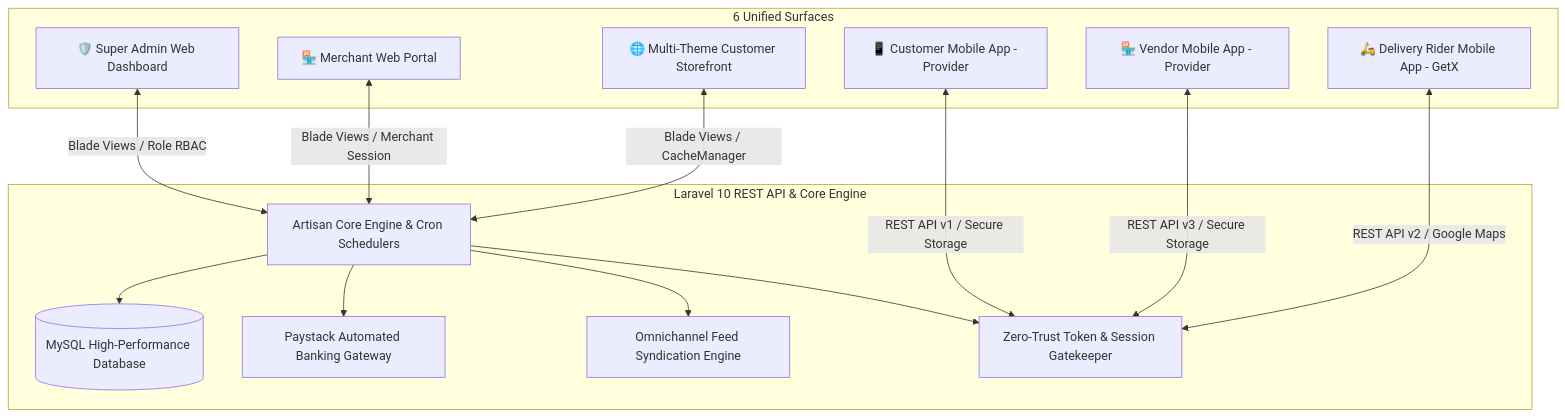
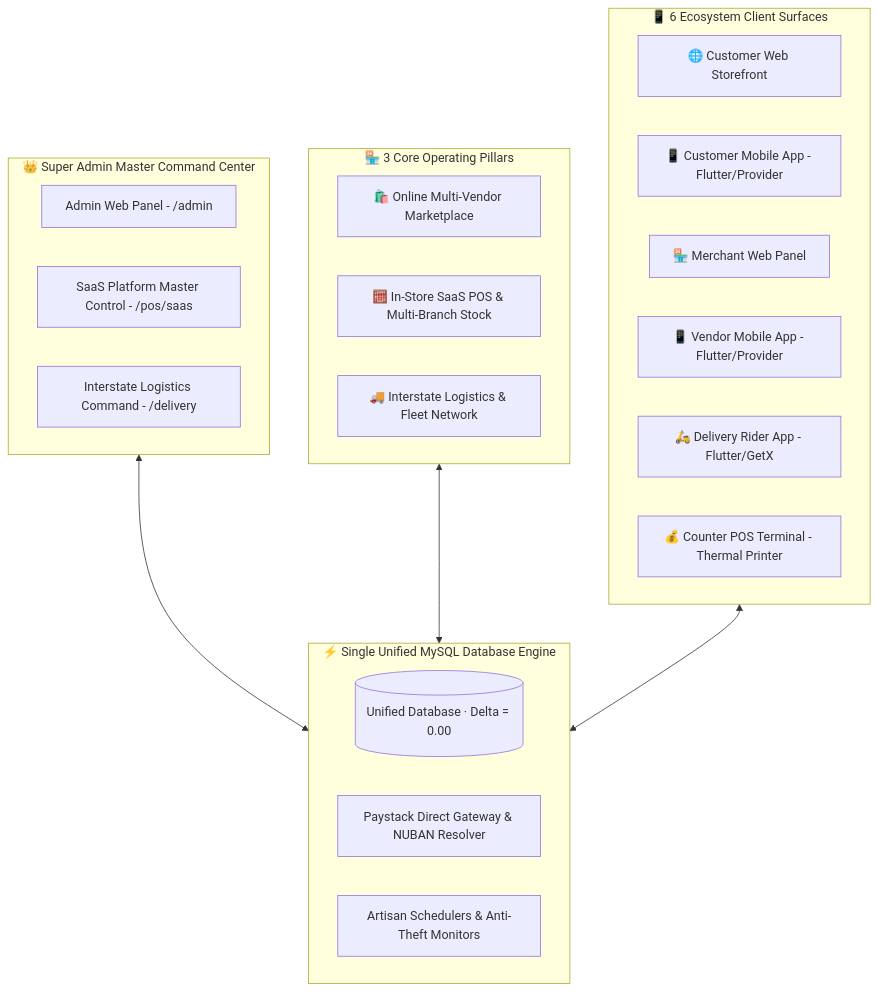
Before and after one commit to hotvictorious-rgb/vmarket: the diagram in README.md, drawn with Mermaid. The commit also changed other lines of this file and 2 other files, not shown here.

Commit message:
docs: rewrite README with unified Vmarket & Hysam SaaS POS architecture and audit single Super Admin [AI]

````diff
--- a/README.md
+++ b/README.md
@@ -33,30 +23,33 @@
 ```mermaid
 graph TD
-    subgraph Central Backend [Laravel 10 REST API & Core Engine]
-        A[Artisan Core Engine & Cron Schedulers]
-        DB[(MySQL High-Performance Database)]
-        PS[Paystack Automated Banking Gateway]
-        FEED[Omnichannel Feed Syndication Engine]
-        AUTH[Zero-Trust Token & Session Gatekeeper]
-        A --> DB
-        A --> PS
-        A --> FEED
-        A --> AUTH
+    subgraph Core [👑 Super Admin Master Command Center]
+        ADM[Admin Web Panel - /admin]
+        SAAS[SaaS Platform Master Control - /pos/saas]
+        DELIV[Interstate Logistics Command - /delivery]
     end
 
-    subgraph Client Ecosystem [6 Unified Surfaces]
-        WA[🛡️ Super Admin Web Dashboard]
-        WV[🏪 Merchant Web Portal]
-        WS[🌐 Multi-Theme Customer Storefront]
-        C[📱 Customer Mobile App - Provider]
-        V[🏪 Vendor Mobile App - Provider]
-        D[🛵 Delivery Rider Mobile App - GetX]
+    subgraph CentralEngine [⚡ Single Unified MySQL Database Engine]
+        DB[(Unified Database · Delta = 0.00)]
+        PAY[Paystack Direct Gateway & NUBAN Resolver]
+        CRON[Artisan Schedulers & Anti-Theft Monitors]
     end
 
-    WA <-->|Blade Views / Role RBAC| A
-    WV <-->|Blade Views / Merchant Session| A
-    WS <-->|Blade Views / CacheManager| A
-    C <-->|REST API v1 / Secure Storage| AUTH
-    V <-->|REST API v3 / Secure Storage| AUTH
-    D <-->|REST API v2 / Google Maps| AUTH
+    subgraph RetailPillars [🏪 3 Core Operating Pillars]
+        MKT[🛍️ Online Multi-Vendor Marketplace]
+        POS[🧮 In-Store SaaS POS & Multi-Branch Stock]
+        LOG[🚚 Interstate Logistics & Fleet Network]
+    end
+
+    subgraph Surfaces [📱 6 Ecosystem Client Surfaces]
+        C_WEB[🌐 Customer Web Storefront]
+        C_APP[📱 Customer Mobile App - Flutter/Provider]
+        V_WEB[🏪 Merchant Web Panel]
+        V_APP[📱 Vendor Mobile App - Flutter/Provider]
+        R_APP[🛵 Delivery Rider App - Flutter/GetX]
+        TERM[💰 Counter POS Terminal - Thermal Printer]
+    end
+
+    Core <--> CentralEngine
+    RetailPillars <--> CentralEngine
+    Surfaces <--> CentralEngine
 ```
````
